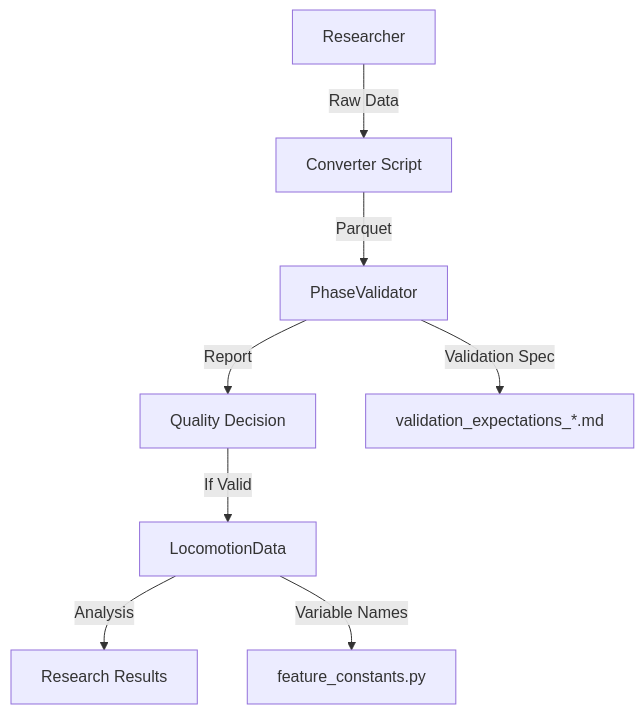
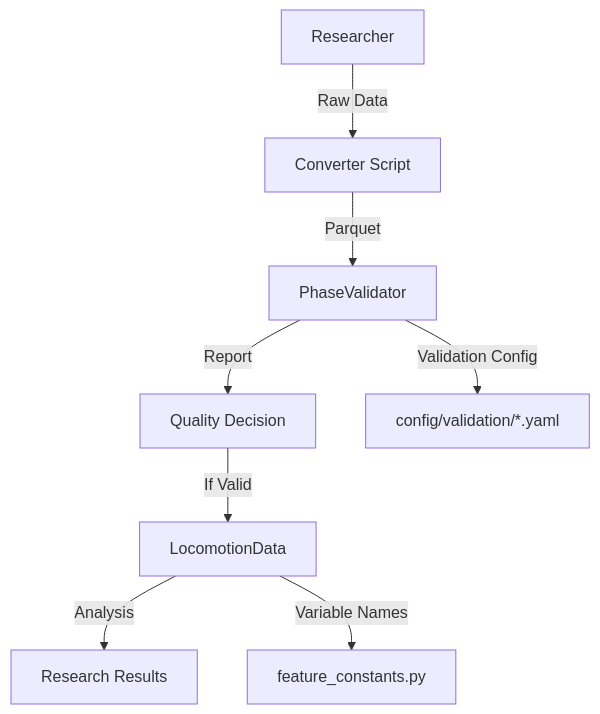
The third of 3 diagrams in docs/maintainers/architecture.md (jmontp/LocoHub), drawn with Mermaid before and after one commit. The commit also changed other lines of this file and 8 other files, not shown here.

First line of the commit message:
Refactor validation system to use YAML config files

````diff
--- a/docs/maintainers/architecture.md
+++ b/docs/maintainers/architecture.md
@@ -125,11 +186,11 @@
 ```mermaid
 graph TD
     A[Researcher] -->|Raw Data| B[Converter Script]
     B -->|Parquet| C[PhaseValidator]
     C -->|Report| D[Quality Decision]
     D -->|If Valid| E[LocomotionData]
     E -->|Analysis| F[Research Results]
     
-    C -->|Validation Spec| G[validation_expectations_*.md]
+    C -->|Validation Config| G[config/validation/*.yaml]
     E -->|Variable Names| H[feature_constants.py]
 ```
````
